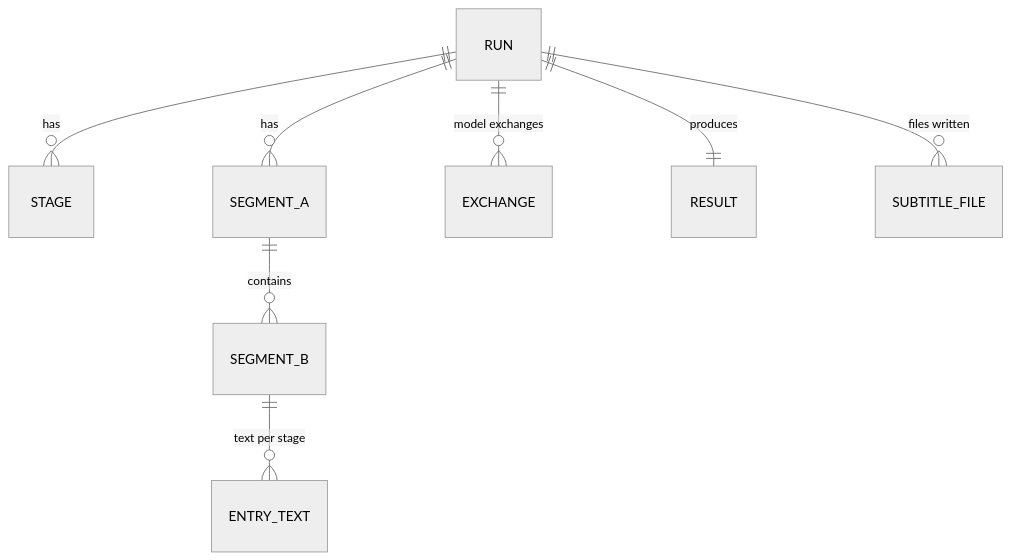
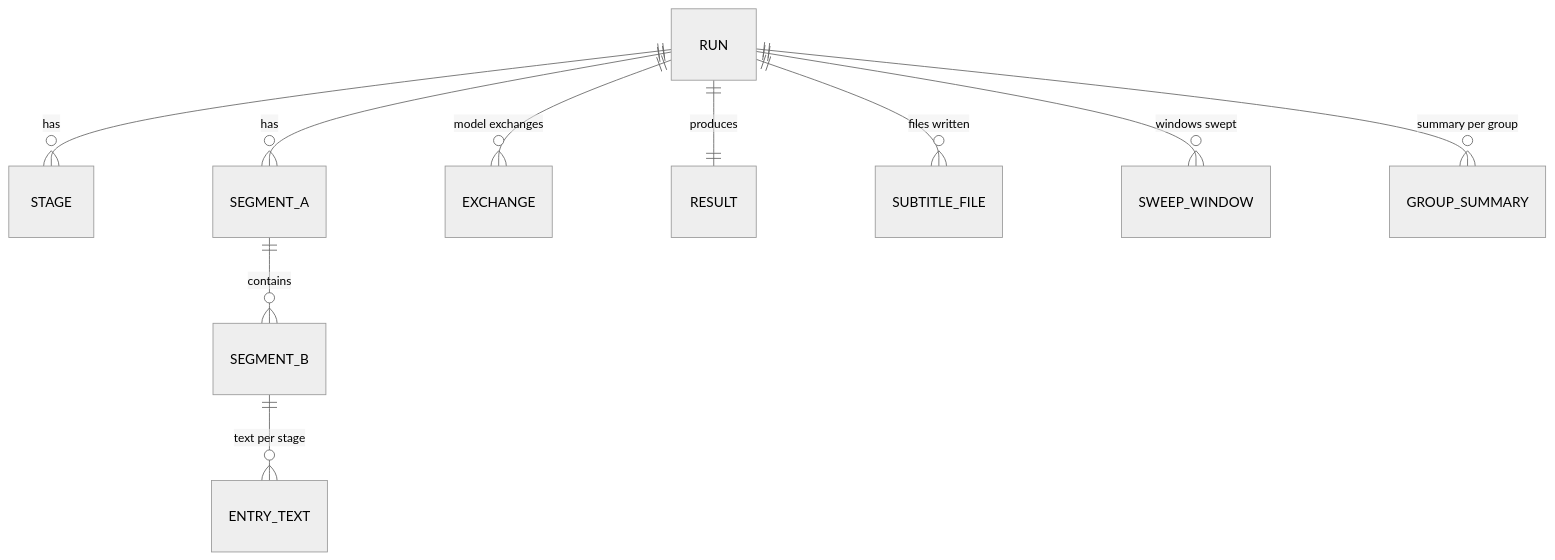
One commit to lanyitin/runline changed the diagram in docs/stable/transcribe-pipeline/06-data-model.md. Above: the diagram before and after it, drawn with Mermaid (neutral theme). The commit also changed other lines of this file and 22 other files, not shown here.

````diff
--- a/docs/stable/transcribe-pipeline/06-data-model.md
+++ b/docs/stable/transcribe-pipeline/06-data-model.md
@@ -11,10 +11,12 @@
 ```mermaid
 erDiagram
   RUN ||--o{ STAGE : has
   RUN ||--o{ SEGMENT_A : has
   SEGMENT_A ||--o{ SEGMENT_B : contains
   SEGMENT_B ||--o{ ENTRY_TEXT : "text per stage"
   RUN ||--o{ EXCHANGE : "model exchanges"
   RUN ||--|| RESULT : produces
   RUN ||--o{ SUBTITLE_FILE : "files written"
+  RUN ||--o{ SWEEP_WINDOW : "windows swept"
+  RUN ||--o{ GROUP_SUMMARY : "summary per group"
 ```
````
